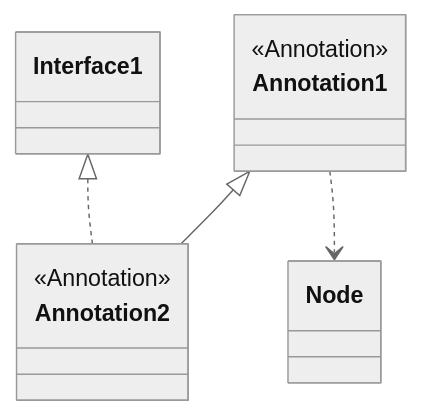
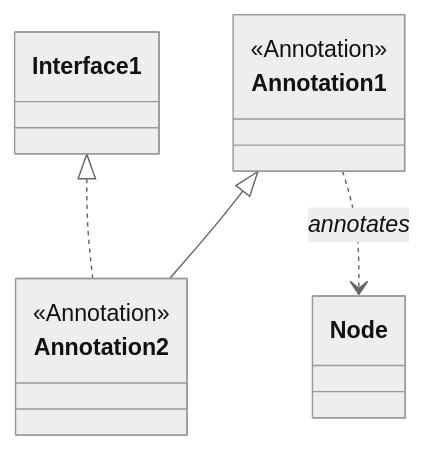
Before and after one commit to LionWeb-io/lionweb-typescript: the diagram in packages/test/src/utilities/diagrams/annotations-diagram-expected.md, drawn with Mermaid (neutral theme). The commit also changed 11 other files, not shown here.

Commit message:
fix and improve PlantUML + Mermaid diagrams

````diff
--- a/packages/test/src/utilities/diagrams/annotations-diagram-expected.md
+++ b/packages/test/src/utilities/diagrams/annotations-diagram-expected.md
@@ -1,17 +1,17 @@
 ```mermaid
 classDiagram
 
   class Annotation2
   <<Annotation>> Annotation2
   Annotation1 <|-- Annotation2
   Interface1 <|.. Annotation2
 
   class Annotation1
   <<Annotation>> Annotation1
-  Annotation1 ..> Node
+  Annotation1 ..> Node : <i>annotates</i>
 
 
 
 
 
 ```
````
